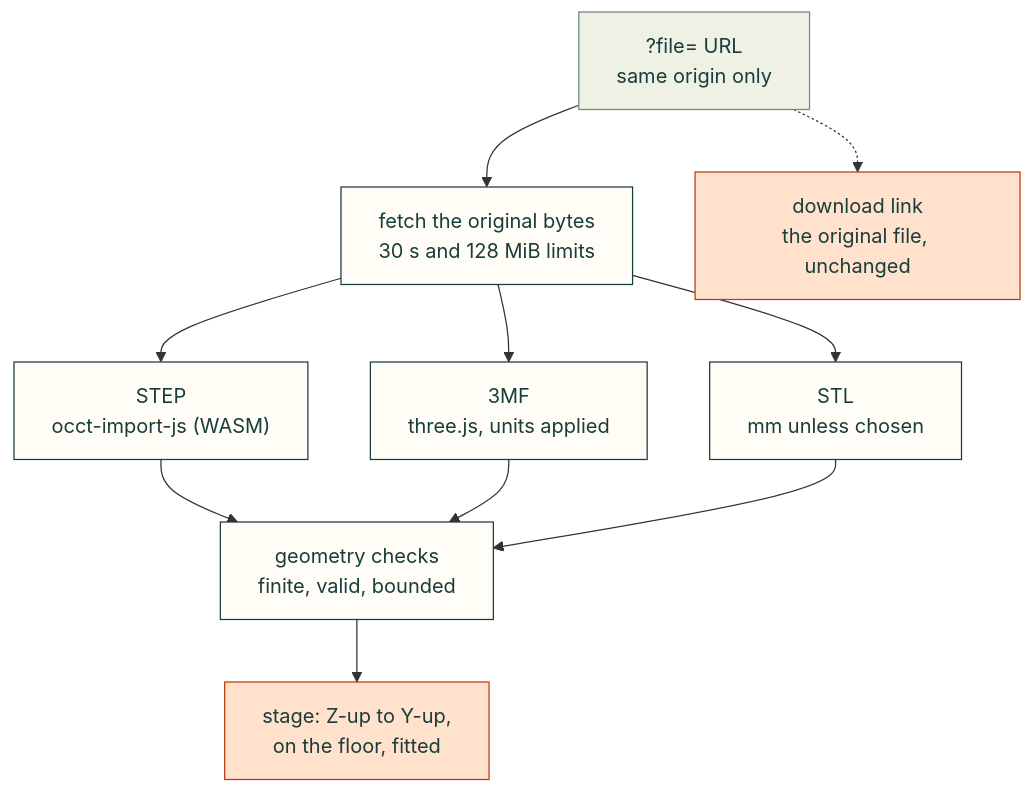
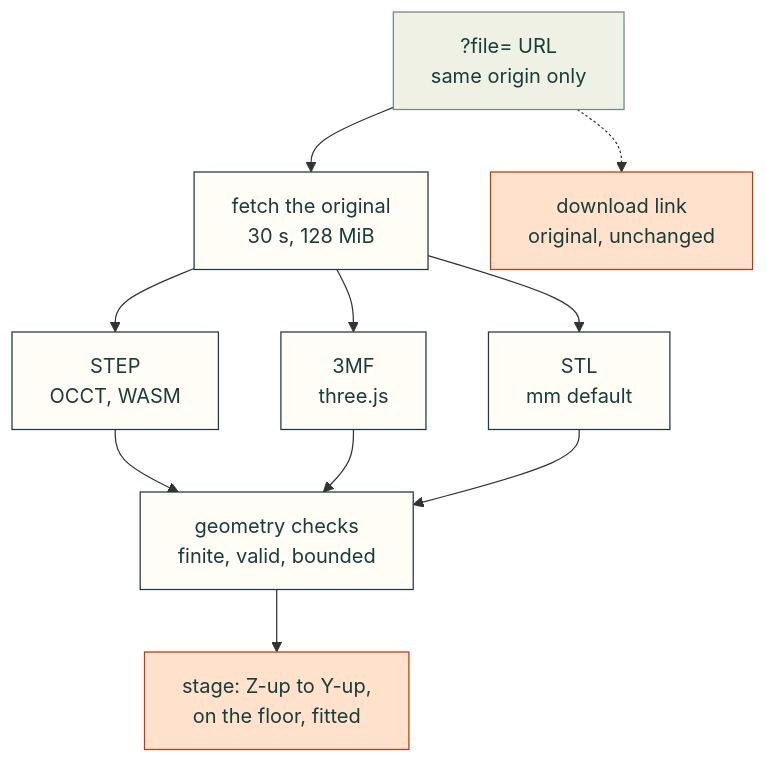
The diagram in docs/file-viewer.md (Valpatel/cad-agent), drawn with Mermaid before and after one commit. The commit also changed 5 other files, not shown here.

Commit message:
Docs: diagrams fit the 650 px column at 1100 px wide

````diff
--- a/docs/file-viewer.md
+++ b/docs/file-viewer.md
@@ -19,16 +19,16 @@
 ```mermaid
 flowchart TD
-    U["?file= URL<br/>same origin only"] --> F["fetch the original bytes<br/>30 s and 128 MiB limits"]
-    U -.-> DL["download link<br/>the original file, unchanged"]
-    F --> STEP["STEP<br/>occt-import-js (WASM)"]
-    F --> MF["3MF<br/>three.js, units applied"]
-    F --> STL["STL<br/>mm unless chosen"]
+    U["?file= URL<br/>same origin only"] --> F["fetch the original<br/>30 s, 128 MiB"]
+    U -.-> DL["download link<br/>original, unchanged"]
+    F --> STEP["STEP<br/>OCCT, WASM"]
+    F --> MF["3MF<br/>three.js"]
+    F --> STL["STL<br/>mm default"]
     STEP & MF & STL --> CK["geometry checks<br/>finite, valid, bounded"]
     CK --> V["stage: Z-up to Y-up,<br/>on the floor, fitted"]
     classDef here fill:#fffdf5,stroke:#173d3c,color:#173d3c
     classDef near fill:#eef1e4,stroke:#6f8a80,color:#173d3c
     classDef out fill:#ffe1cc,stroke:#bd3a12,color:#173d3c
     class F,STEP,MF,STL,CK here
     class U near
     class V,DL out
 ```
````
